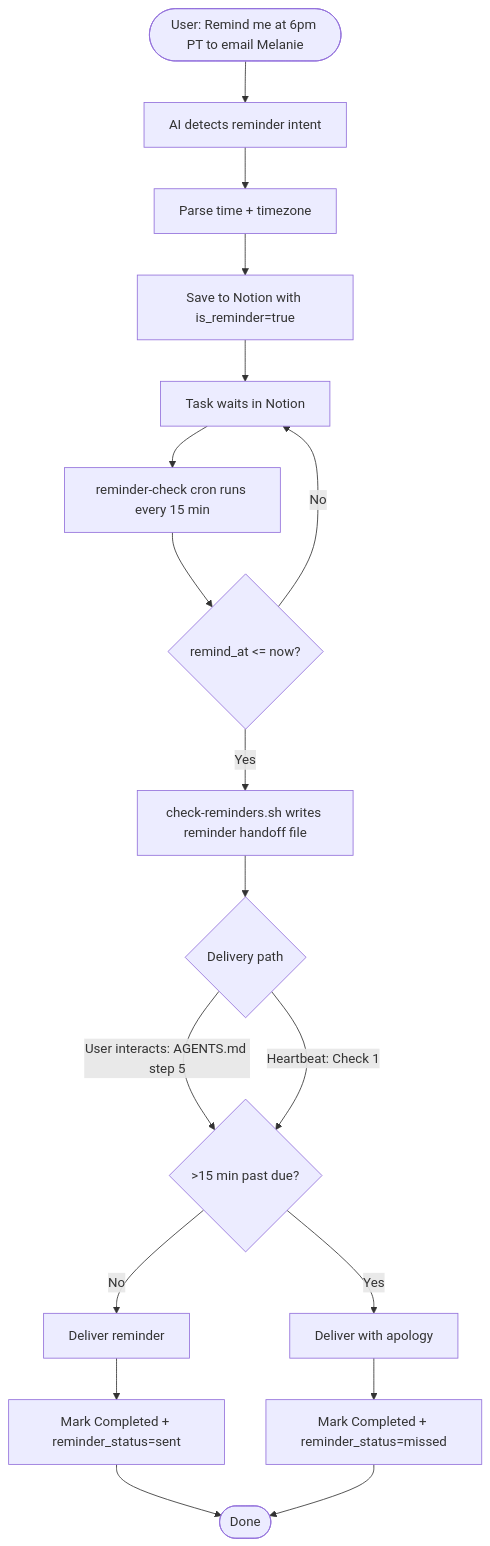
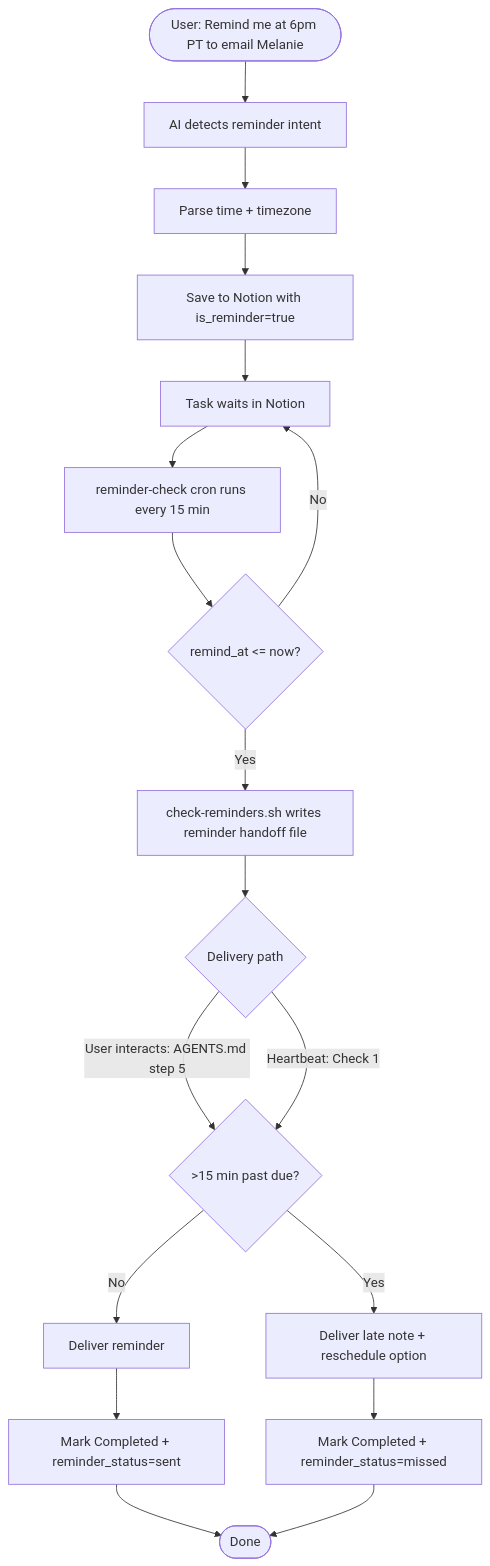
Before and after one commit to NickBorgersProbably/hide-my-list: diagram 28 of 29 in docs/task-lifecycle.md, drawn with Mermaid. The commit also changed other lines of this file and 22 other files, not shown here.

````diff
--- a/docs/task-lifecycle.md
+++ b/docs/task-lifecycle.md
@@ -928,24 +928,24 @@
 ```mermaid
 flowchart TD
     Intake([User: Remind me at 6pm PT to email Melanie]) --> Detect[AI detects reminder intent]
     Detect --> Parse[Parse time + timezone]
     Parse --> Save[Save to Notion with is_reminder=true]
 
     Save --> Wait[Task waits in Notion]
     Wait --> Cron[reminder-check cron runs every 15 min]
     Cron --> Due{remind_at <= now?}
     Due -->|No| Wait
     Due -->|Yes| Signal[check-reminders.sh writes reminder handoff file]
     Signal --> Delivery{Delivery path}
     Delivery -->|User interacts: AGENTS.md step 5| Late{>15 min past due?}
     Delivery -->|Heartbeat: Check 1| Late
 
     Late -->|No| Send[Deliver reminder]
-    Late -->|Yes| SendMissed[Deliver with apology]
+    Late -->|Yes| SendMissed[Deliver late note + reschedule option]
 
     Send --> Complete[Mark Completed + reminder_status=sent]
     SendMissed --> Complete2[Mark Completed + reminder_status=missed]
 
     Complete --> Done([Done])
     Complete2 --> Done
 ```
````
